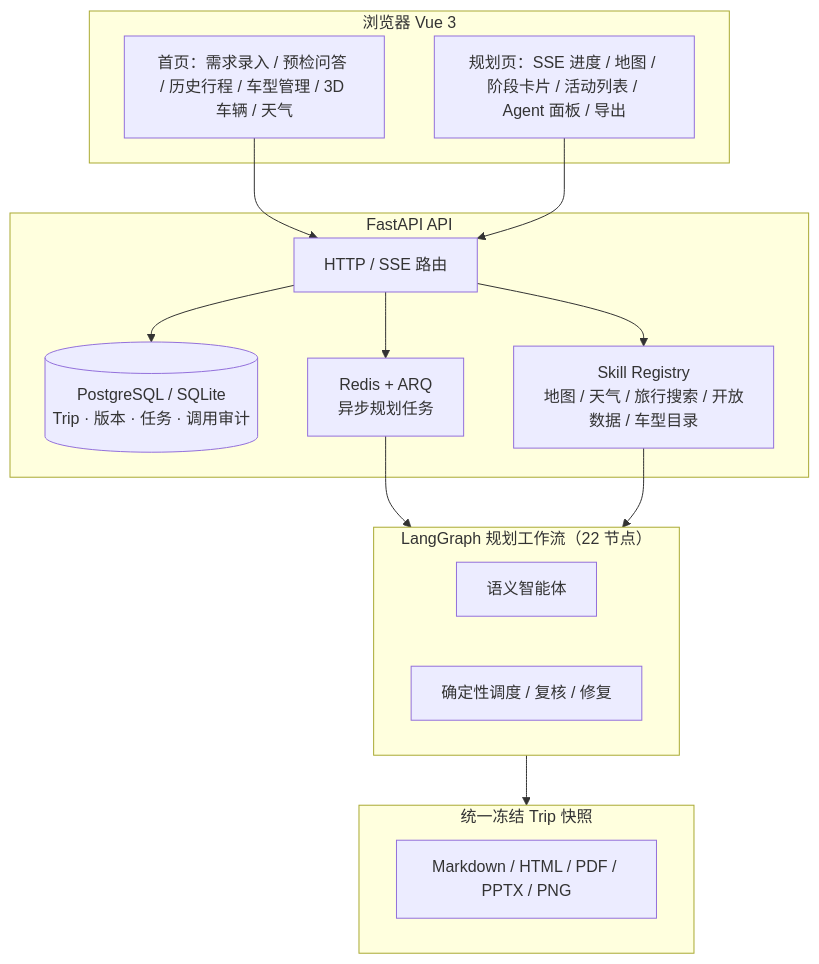
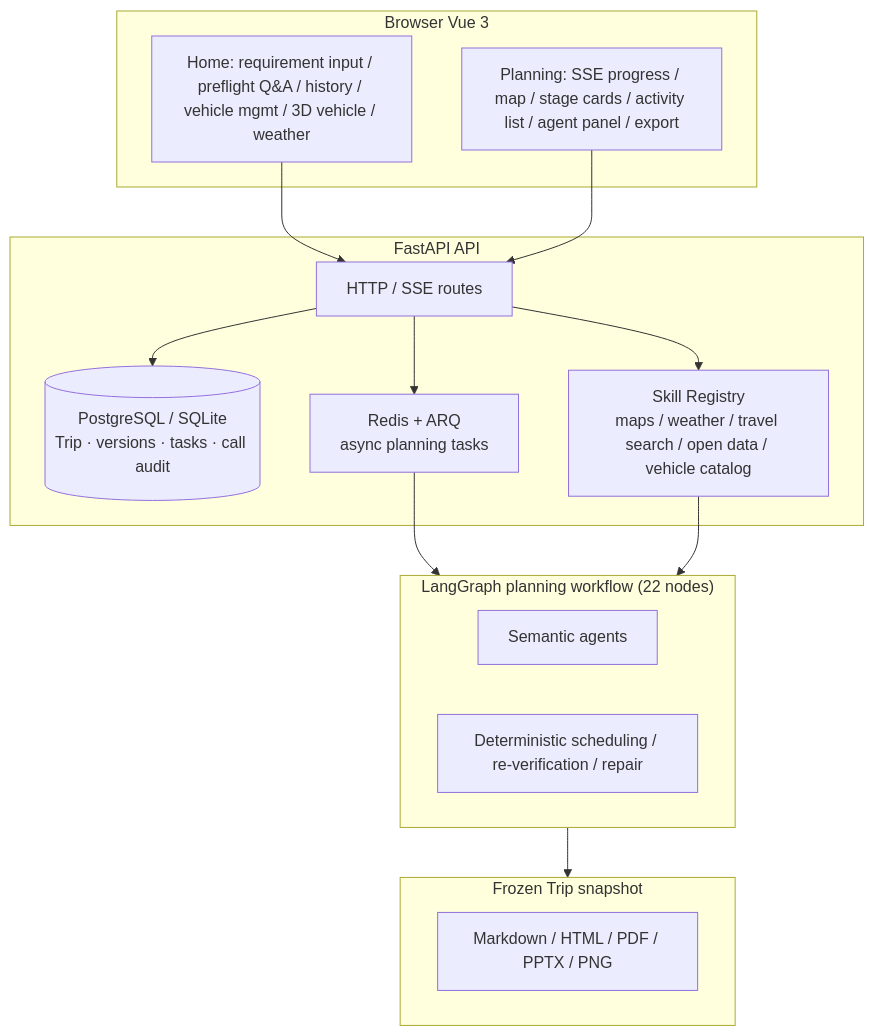
The diagram in README.md (pigz2538/RoadMan-Public), drawn with Mermaid before and after one commit. The commit also changed other lines of this file and 5 other files, not shown here.

````diff
--- a/README.md
+++ b/README.md
@@ -159,32 +165,32 @@
 ```mermaid
 flowchart TB
-    subgraph Browser["浏览器 Vue 3"]
-        H["首页：需求录入 / 预检问答 / 历史行程 / 车型管理 / 3D 车辆 / 天气"]
-        P["规划页：SSE 进度 / 地图 / 阶段卡片 / 活动列表 / Agent 面板 / 导出"]
+    subgraph Browser["Browser Vue 3"]
+        H["Home: requirement input / preflight Q&A / history / vehicle mgmt / 3D vehicle / weather"]
+        P["Planning: SSE progress / map / stage cards / activity list / agent panel / export"]
     end
 
     subgraph API["FastAPI API"]
-        R["HTTP / SSE 路由"]
-        DB[("PostgreSQL / SQLite<br/>Trip · 版本 · 任务 · 调用审计")]
-        Q["Redis + ARQ<br/>异步规划任务"]
-        SK["Skill Registry<br/>地图 / 天气 / 旅行搜索 / 开放数据 / 车型目录"]
+        R["HTTP / SSE routes"]
+        DB[("PostgreSQL / SQLite<br/>Trip · versions · tasks · call audit")]
+        Q["Redis + ARQ<br/>async planning tasks"]
+        SK["Skill Registry<br/>maps / weather / travel search / open data / vehicle catalog"]
     end
 
-    subgraph Workflow["LangGraph 规划工作流（22 节点）"]
-        S["语义智能体"]
-        D["确定性调度 / 复核 / 修复"]
+    subgraph Workflow["LangGraph planning workflow (22 nodes)"]
+        S["Semantic agents"]
+        D["Deterministic scheduling / re-verification / repair"]
     end
 
-    subgraph Export["统一冻结 Trip 快照"]
+    subgraph Export["Frozen Trip snapshot"]
         E["Markdown / HTML / PDF / PPTX / PNG"]
     end
 
     H --> R
     P --> R
     R --> DB
     R --> Q
     R --> SK
     Q --> Workflow
     SK --> Workflow
     Workflow --> Export
 ```
````
